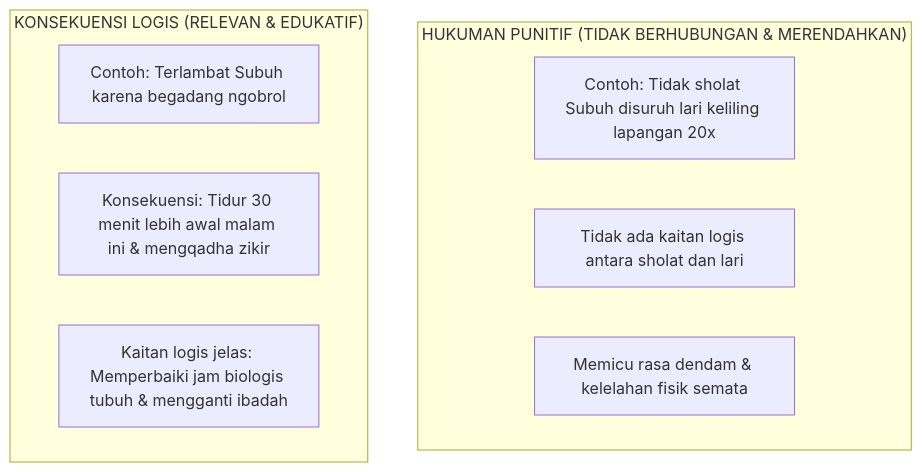
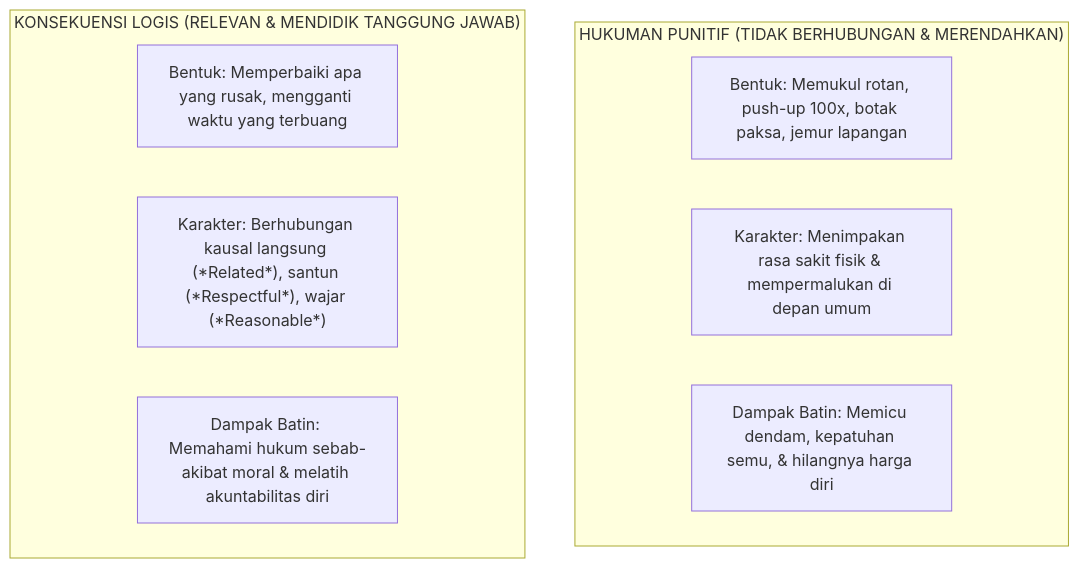
Before and after one commit to wandiapriliyandi/tumbuh: the diagram in BOOK Series 2/Volume-04-Intervensi-PBIS-dan-Disiplin-Restoratif/Bab-05-Disiplin-Restoratif-dan-Ishlah-3R/05-Konsekuensi-Logis-vs-Hukuman-Punitif.md, drawn with Mermaid. The commit also changed other lines of this file and 61 other files, not shown here.

````diff
--- a/BOOK Series 2/Volume-04-Intervensi-PBIS-dan-Disiplin-Restoratif/Bab-05-Disiplin-Restoratif-dan-Ishlah-3R/05-Konsekuensi-Logis-vs-Hukuman-Punitif.md
+++ b/BOOK Series 2/Volume-04-Intervensi-PBIS-dan-Disiplin-Restoratif/Bab-05-Disiplin-Restoratif-dan-Ishlah-3R/05-Konsekuensi-Logis-vs-Hukuman-Punitif.md
@@ -9,14 +11,14 @@
 ```mermaid
 flowchart TD
-    subgraph Punitif["HUKUMAN PUNITIF (TIDAK BERHUBUNGAN & MERENDAHKAN)"]
-        H1["Contoh: Tidak sholat Subuh disuruh lari keliling lapangan 20x"]
-        H2["Tidak ada kaitan logis antara sholat dan lari"]
-        H3["Memicu rasa dendam & kelelahan fisik semata"]
+    subgraph HukumanPunitif["HUKUMAN PUNITIF (TIDAK BERHUBUNGAN & MERENDAHKAN)"]
+        H1["Bentuk: Memukul rotan, push-up 100x, botak paksa, jemur lapangan"]
+        H2["Karakter: Menimpakan rasa sakit fisik & mempermalukan di depan umum"]
+        H3["Dampak Batin: Memicu dendam, kepatuhan semu, & hilangnya harga diri"]
     end
 
-    subgraph KonsekuensiLogis["KONSEKUENSI LOGIS (RELEVAN & EDUKATIF)"]
-        K1["Contoh: Terlambat Subuh karena begadang ngobrol"]
-        K2["Konsekuensi: Tidur 30 menit lebih awal malam ini & mengqadha zikir"]
-        K3["Kaitan logis jelas: Memperbaiki jam biologis tubuh & mengganti ibadah"]
+    subgraph KonsekuensiLogis["KONSEKUENSI LOGIS (RELEVAN & MENDIDIK TANGGUNG JAWAB)"]
+        K1["Bentuk: Memperbaiki apa yang rusak, mengganti waktu yang terbuang"]
+        K2["Karakter: Berhubungan kausal langsung (*Related*), santun (*Respectful*), wajar (*Reasonable*)"]
+        K3["Dampak Batin: Memahami hukum sebab-akibat moral & melatih akuntabilitas diri"]
     end
 ```
````
